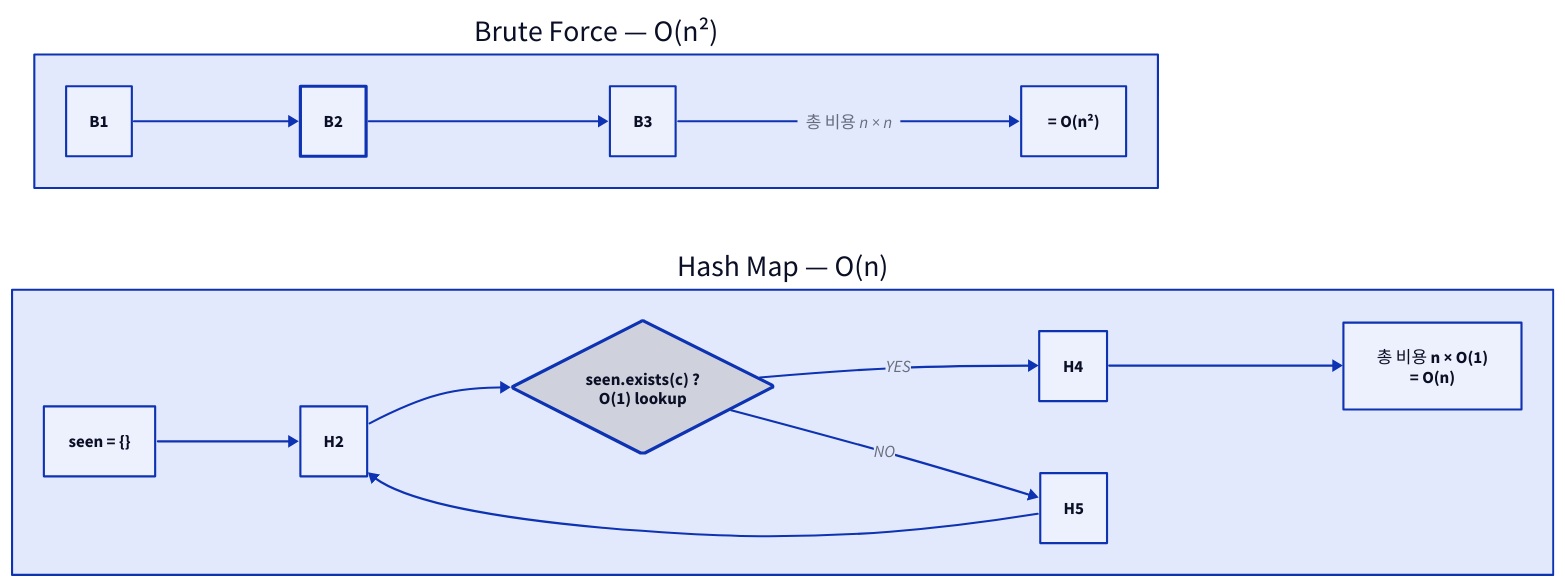
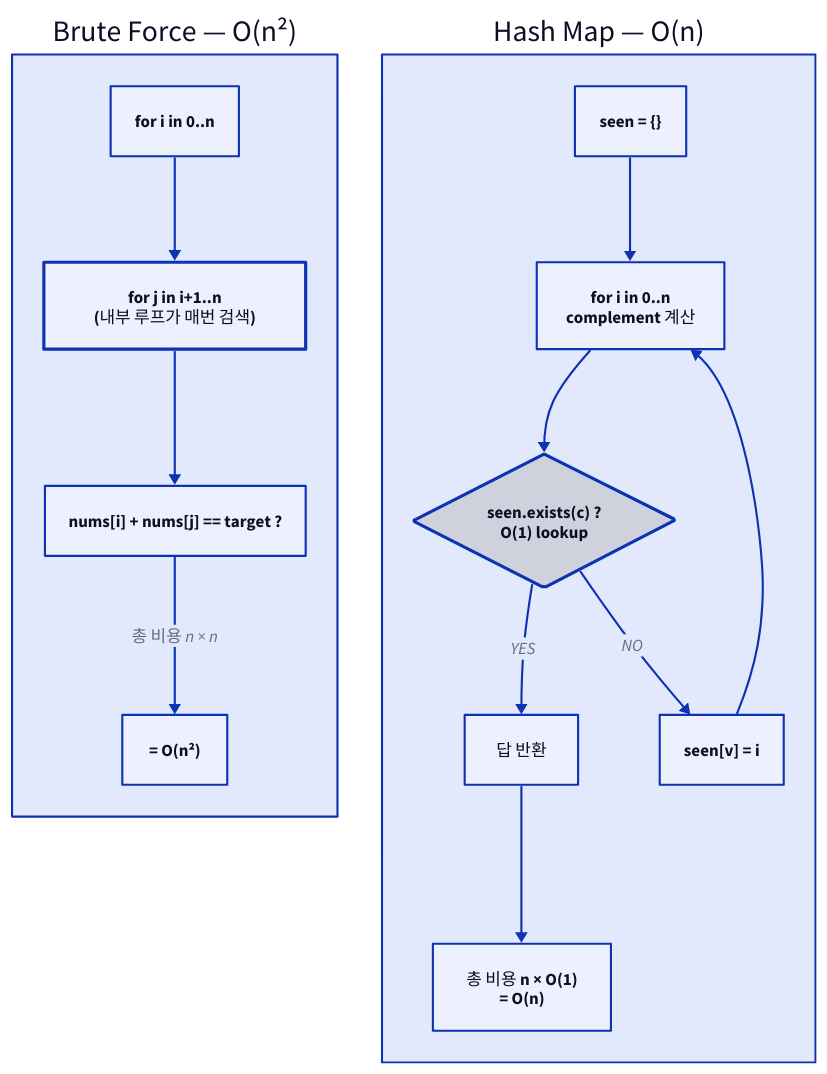
Before and after one commit to humbleowl39/DV_SKOOL: the first of 2 diagrams in topics/bigtech_algorithm/docs/02_array_hashmap_explained.md, drawn with D2. The commit also changed other lines of this file and 90 other files, not shown here.

First line of the commit message:
docs: 전 토픽 다이어그램 정비 — ASCII→D2, mermaid→D2, 과대 D2 가시성 수정

````diff
--- a/topics/bigtech_algorithm/docs/02_array_hashmap_explained.md
+++ b/topics/bigtech_algorithm/docs/02_array_hashmap_explained.md
@@ -97,30 +97,29 @@
 ```d2
-direction: right
+direction: down
 
 BF: "Brute Force — O(n²)" {
-  direction: down
-  # unparsed: B1["for i in 0..n"]
-  # unparsed: B2["for j in i+1..n<br/>(내부 루프가 매번 검색)"]
-  # unparsed: B3["nums[i] + nums[j] == target ?"]
-  B2 { style.stroke-width: 3 }
+  direction: right
+  B1: "for i in 0..n"
+  B2: "for j in i+1..n\n(내부 루프가 매번 검색)" { style.stroke-width: 3 }
+  B3: "nums[i] + nums[j] == target ?"
+  Bcost: "= O(n²)"
   B1 -> B2
   B2 -> B3
-  Bcost: "= O(n²)"
   B3 -> Bcost: "총 비용 n × n"
 }
 HM: "Hash Map — O(n)" {
-  direction: down
+  direction: right
   H1: "seen = {}"
-  # unparsed: H2["for i in 0..n<br/>complement 계산"]
+  H2: "for i in 0..n\ncomplement 계산"
   H3: "seen.exists(c) ?\nO(1) lookup" { shape: diamond; style.stroke-width: 3 }
-  # unparsed: H4["답 반환"]
-  # unparsed: H5["seen[v] = i"]
+  H4: "답 반환"
+  H5: "seen[v] = i"
+  Hcost: "총 비용 n × O(1)\n= O(n)"
   H1 -> H2
   H2 -> H3
   H3 -> H4: "YES"
   H3 -> H5: "NO"
   H5 -> H2
-  Hcost: "총 비용 n × O(1)\n= O(n)"
   H4 -> Hcost
 }
 ```
````
